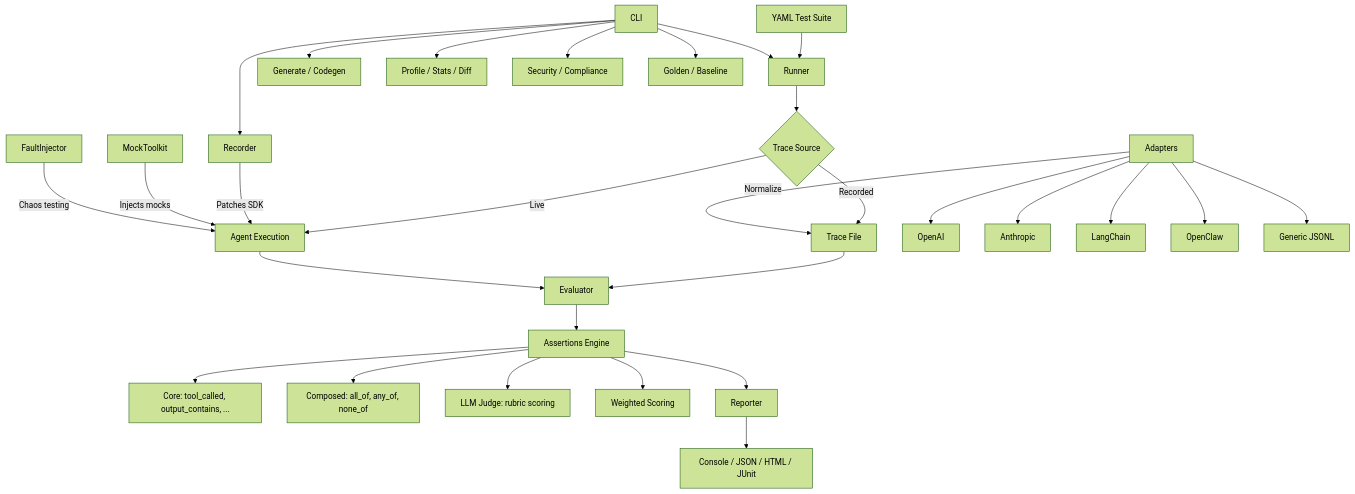
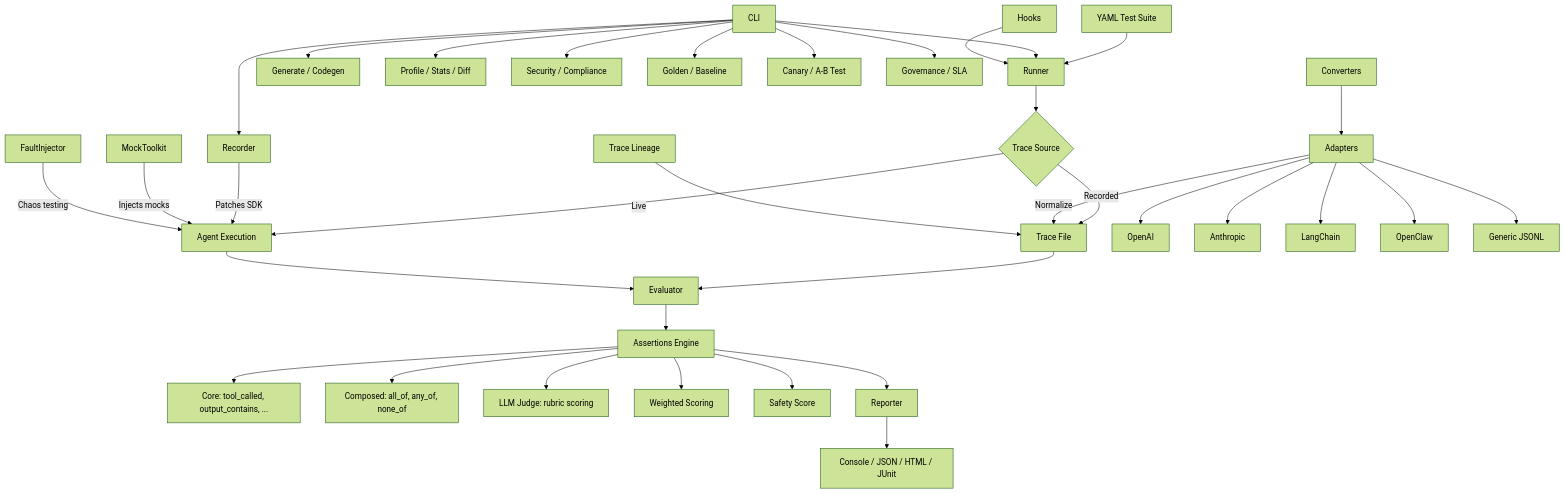
The diagram in README.md (NeuZhou/agentprobe), drawn with Mermaid (forest theme) before and after one commit. The commit also changed other lines of this file and 9 other files, not shown here.

````diff
--- a/README.md
+++ b/README.md
@@ -99,34 +118,41 @@
 ```mermaid
 graph TD
     A[YAML Test Suite] --> B[Runner]
     B --> C{Trace Source}
     C -->|Recorded| D[Trace File]
     C -->|Live| E[Agent Execution]
     D --> F[Evaluator]
     E --> F
     F --> G[Assertions Engine]
     G --> G1[Core: tool_called, output_contains, ...]
     G --> G2[Composed: all_of, any_of, none_of]
     G --> G3[LLM Judge: rubric scoring]
     G --> G4[Weighted Scoring]
+    G --> G5[Safety Score]
     G --> H[Reporter]
     H --> H1[Console / JSON / HTML / JUnit]
 
     I[Recorder] -->|Patches SDK| E
     J[MockToolkit] -->|Injects mocks| E
     K[FaultInjector] -->|Chaos testing| E
 
     L[Adapters] -->|Normalize| D
     L --> L1[OpenAI]
     L --> L2[Anthropic]
     L --> L3[LangChain]
     L --> L4[OpenClaw]
     L --> L5[Generic JSONL]
 
     M[CLI] --> B
     M --> I
     M --> N[Generate / Codegen]
     M --> O[Profile / Stats / Diff]
     M --> P[Security / Compliance]
     M --> Q[Golden / Baseline]
+    M --> R[Canary / A-B Test]
+    M --> S[Governance / SLA]
+
+    T[Hooks] --> B
+    U[Trace Lineage] --> D
+    V[Converters] --> L
 ```
````
